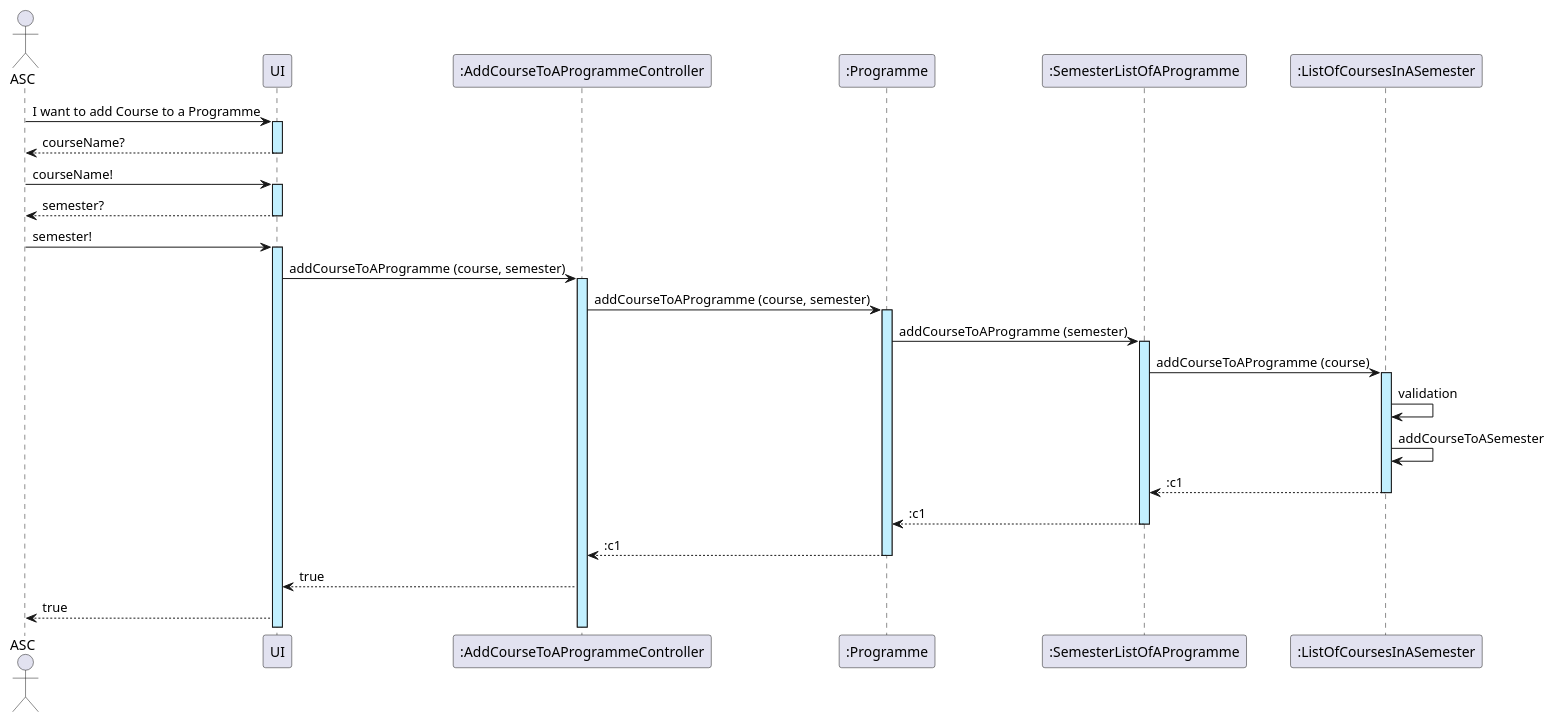
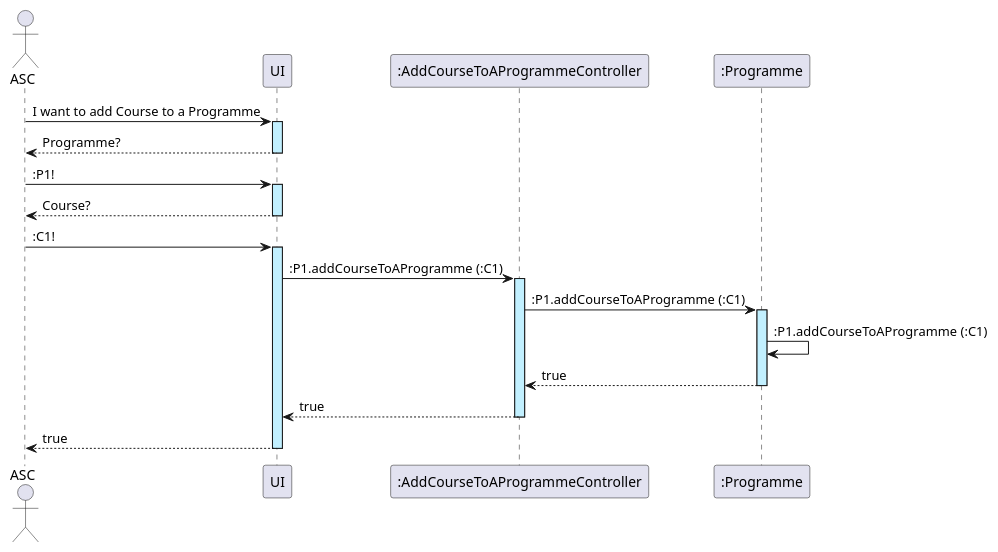
One commit to GasparISEP/DevOps-PAI changed the diagram in docs/sequenceSystemDiagrams/US03/US03_AddCourseToAProgramme.puml. Above: the diagram before and after it, drawn with PlantUML.

Commit message:
US03: Improve Sequence Diagram.

```diff
--- a/docs/sequenceSystemDiagrams/US03/US03_AddCourseToAProgramme.puml
+++ b/docs/sequenceSystemDiagrams/US03/US03_AddCourseToAProgramme.puml
@@ -1,31 +1,22 @@
 @startuml
 actor ASC
 
 ASC -> UI ++ #application : I want to add Course to a Programme
-UI --> ASC -- : courseName?
-ASC -> UI ++ #application : courseName!
-UI --> ASC -- : semester?
-ASC -> UI ++ #application : semester!
+UI --> ASC -- : Programme?
+ASC -> UI ++ #application : :P1!
+UI --> ASC -- : Course?
+ASC -> UI ++ #application : :C1!
 
-UI -> ":AddCourseToAProgrammeController" ++ #application : addCourseToAProgramme (course, semester)
+UI -> ":AddCourseToAProgrammeController" ++ #application : :P1.addCourseToAProgramme (:C1)
 
-":AddCourseToAProgrammeController" -> ":Programme" ++ #application : addCourseToAProgramme (course, semester)
+":AddCourseToAProgrammeController" -> ":Programme" ++ #application : :P1.addCourseToAProgramme (:C1)
 
-":Programme" -> ":SemesterListOfAProgramme" ++ #application : addCourseToAProgramme (semester)
+":Programme" -> ":Programme"  #application : :P1.addCourseToAProgramme (:C1)
 
-":SemesterListOfAProgramme" -> ":ListOfCoursesInASemester" ++ #application : addCourseToAProgramme (course)
+":Programme" --> ":AddCourseToAProgrammeController" --: true
 
-":ListOfCoursesInASemester" -> ":ListOfCoursesInASemester" : validation
-":ListOfCoursesInASemester" -> ":ListOfCoursesInASemester" : addCourseToASemester
+":AddCourseToAProgrammeController" --> UI  --: true
 
-":ListOfCoursesInASemester" --> ":SemesterListOfAProgramme" --: :c1
-
-":SemesterListOfAProgramme" --> ":Programme" --: :c1
-
-":Programme" --> ":AddCourseToAProgrammeController" --: :c1
-
-":AddCourseToAProgrammeController" --> UI : true
-
-UI --> ASC : true
+UI --> ASC --: true
 
 @enduml
```
